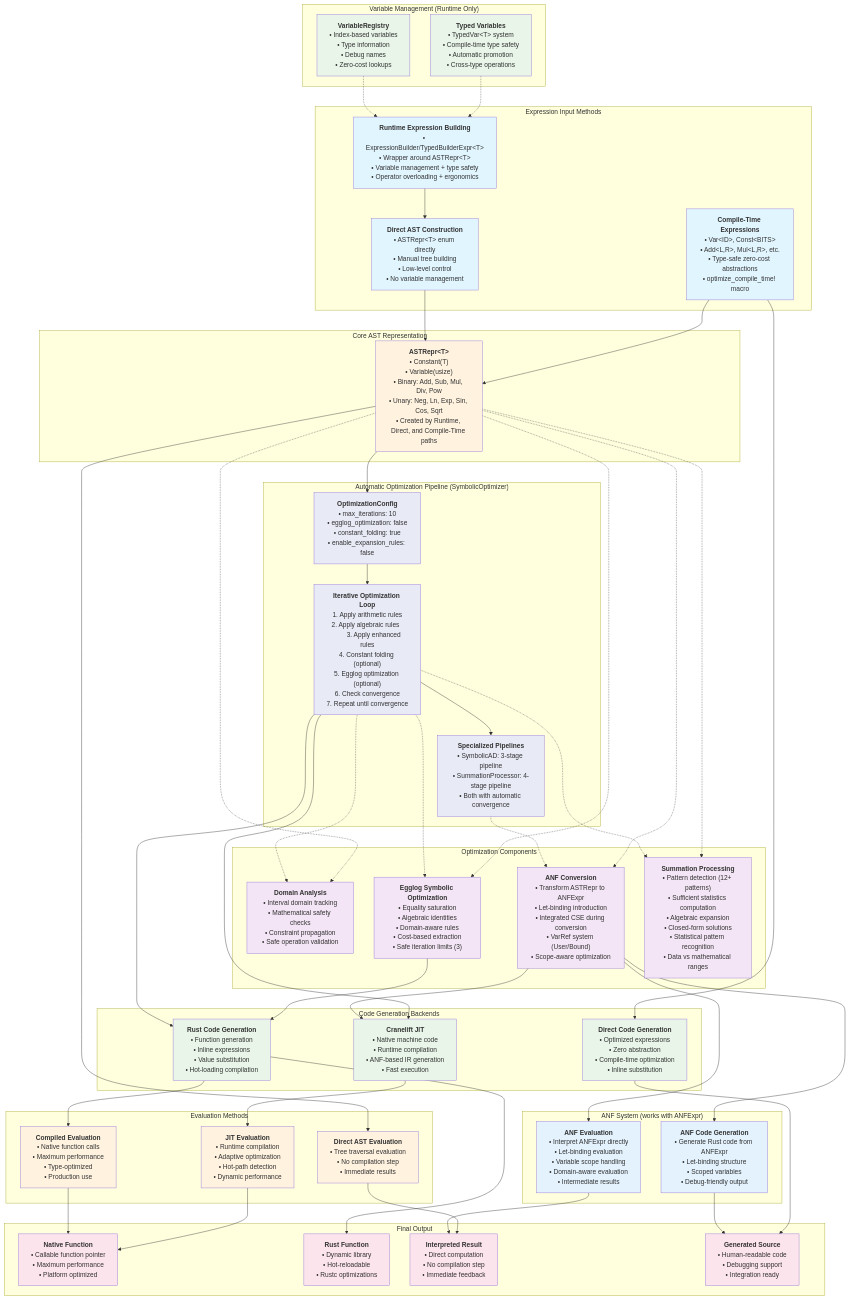
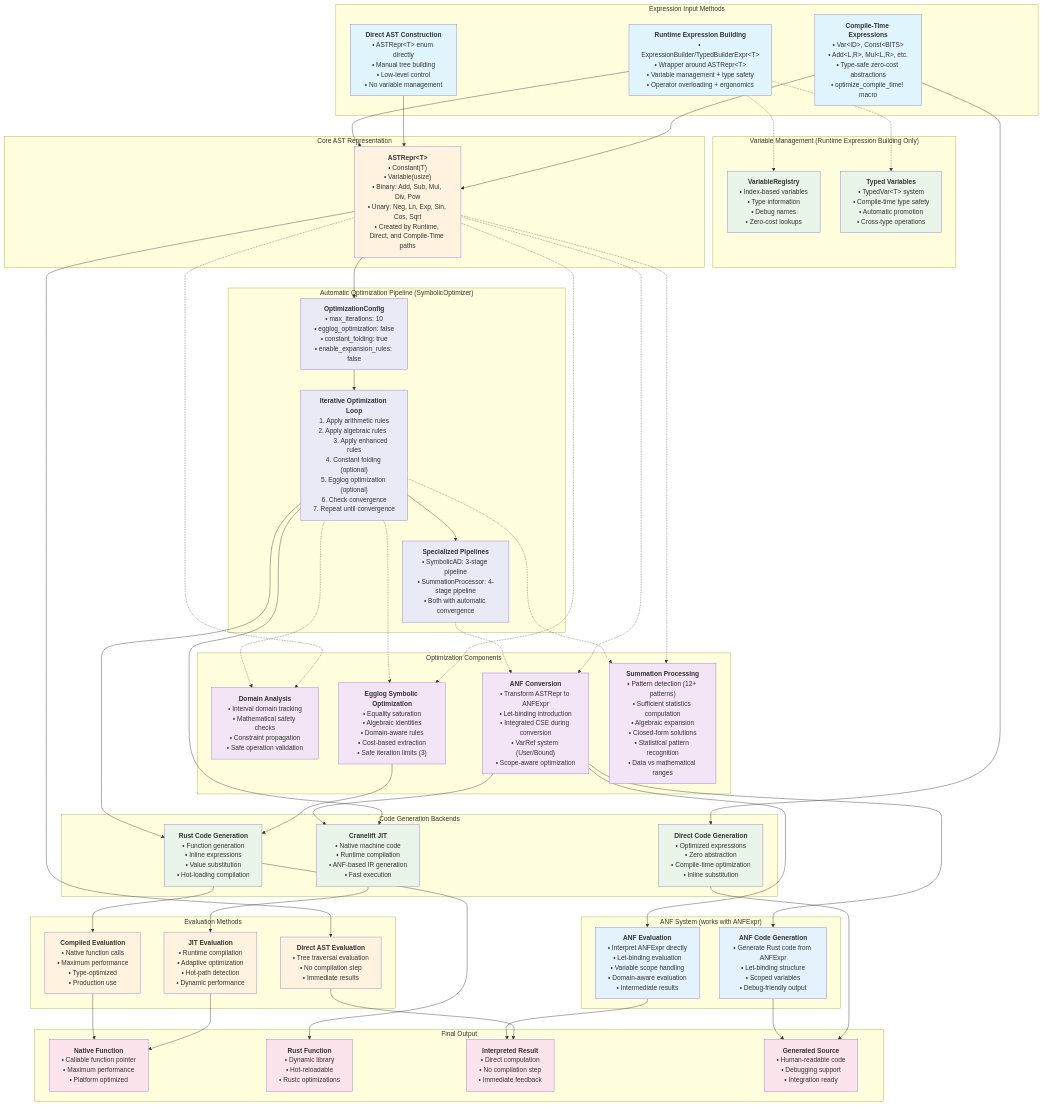
One commit to cscherrer/dslcompile changed the diagram in DSL_System_Architecture.md. Above: the diagram before and after it, drawn with Mermaid. The commit also changed other lines of this file and 2 other files, not shown here.

```diff
--- a/DSL_System_Architecture.md
+++ b/DSL_System_Architecture.md
@@ -35,7 +35,7 @@
     end
 
     %% Variable Management - Only used by Runtime path
-    subgraph "Variable Management (Runtime Only)"
+    subgraph "Variable Management (Runtime Expression Building Only)"
         VarRegistry["`**VariableRegistry**
         • Index-based variables
         • Type information
@@ -194,12 +194,12 @@
     end
 
     %% Flow connections
-    %% Runtime uses variable management services (supporting relationship)
-    VarRegistry -.-> Runtime
-    TypedVars -.-> Runtime
+    %% Runtime Expression Building uses variable management services (contained within)
+    Runtime -.-> VarRegistry
+    Runtime -.-> TypedVars
     
     %% Expression input methods converge on AST
-    Runtime --> Direct
+    Runtime --> AST
     Direct --> AST
     CompileTime --> AST
     
```
